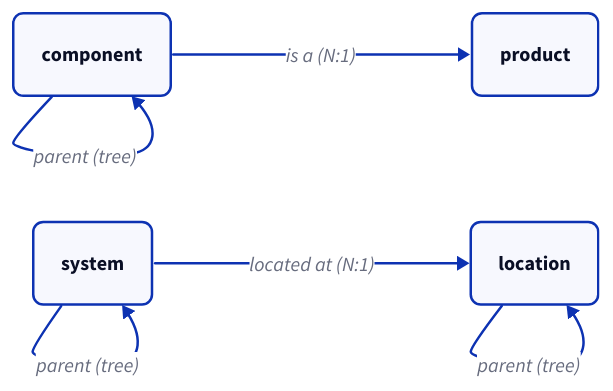
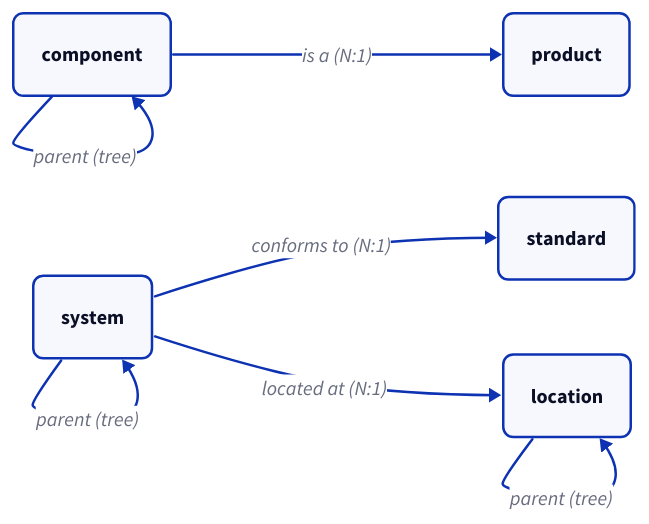
One commit to hyperscaleav/omniglass changed the second of 2 diagrams in docs/src/content/docs/architecture/core-entities.md. Above: the diagram before and after it, drawn with D2. The commit also changed other lines of this file and 96 other files, not shown here.

````diff
--- a/docs/src/content/docs/architecture/core-entities.md
+++ b/docs/src/content/docs/architecture/core-entities.md
@@ -153,13 +214,15 @@
 ```d2
 direction: right
 classes: { node: { style.border-radius: 8 }; key: { style: { border-radius: 8; bold: true } } }
 component: component { class: node }
 product: product { class: node }
 location: location { class: node }
 system: system { class: node }
+standard: standard { class: node }
 component -> product: is a (N:1)
 component -> component: parent (tree)
+system -> standard: conforms to (N:1)
 system -> location: located at (N:1)
 system -> system: parent (tree)
 location -> location: parent (tree)
 ```
````
